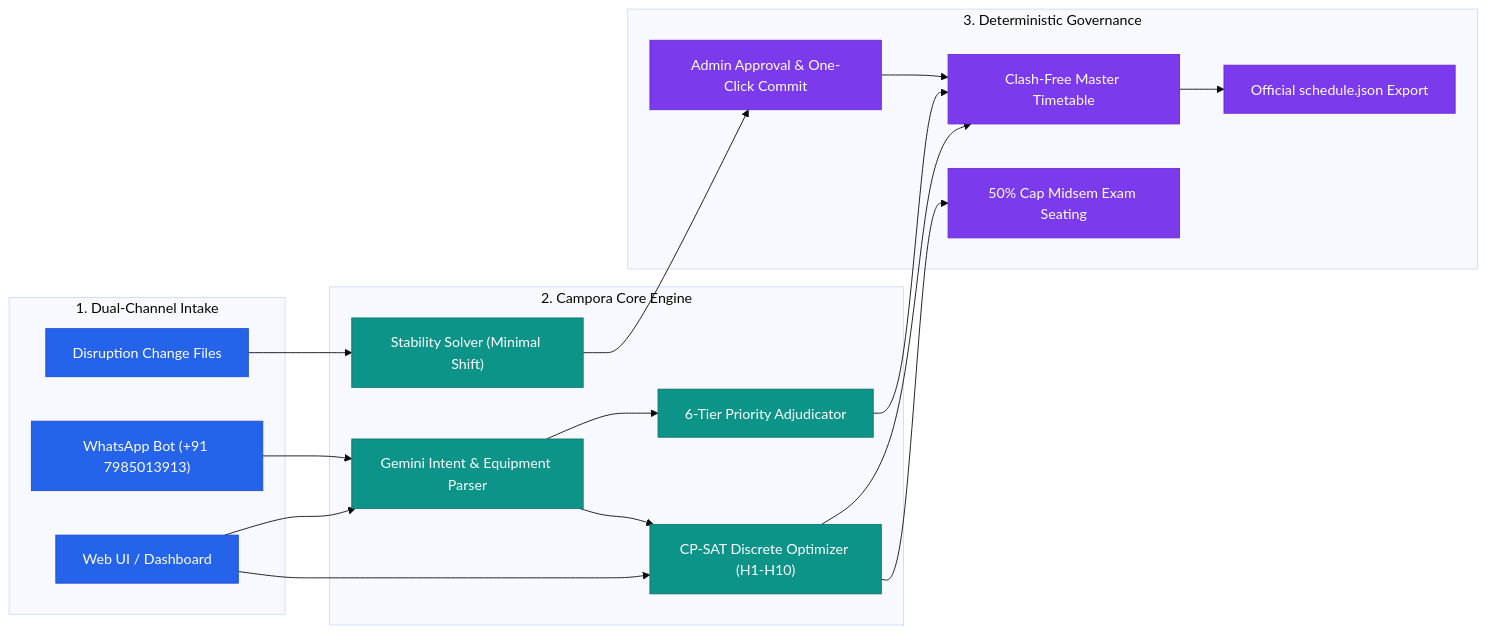
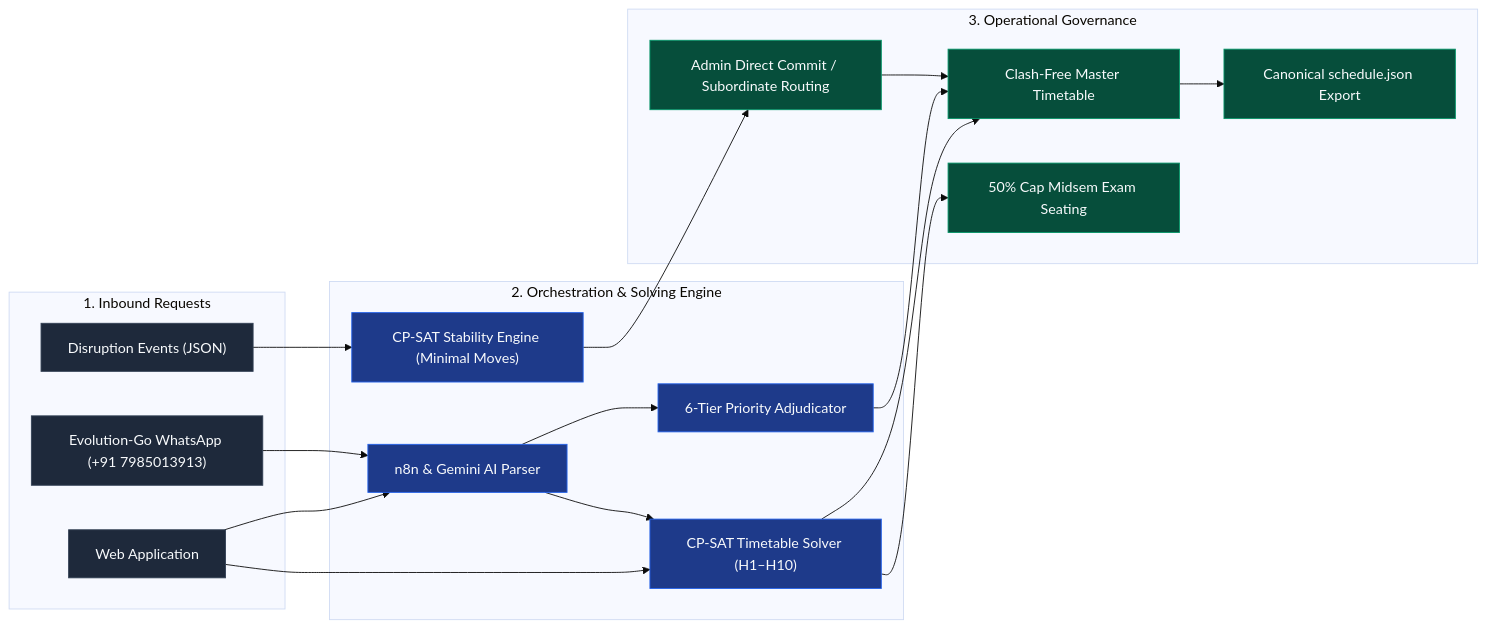
The first of 6 diagrams in README.md (Akshat-sin-official/TZ-Meru-Byte), drawn with Mermaid (base theme) before and after one commit. The commit also changed other lines of this file and 6 other files, not shown here.

````diff
--- a/README.md
+++ b/README.md
@@ -32,39 +30,39 @@
 ```mermaid
 graph LR
-    subgraph INTAKE["1. Dual-Channel Intake"]
-        A1["Web UI / Dashboard"] 
-        A2["WhatsApp Bot (+91 7985013913)"]
-        A3["Disruption Change Files"]
+    subgraph Intake["1. Inbound Requests"]
+        I1["Web Application"]
+        I2["Evolution-Go WhatsApp (+91 7985013913)"]
+        I3["Disruption Events (JSON)"]
     end
 
-    subgraph ENGINE["2. Campora Core Engine"]
-        B1["Gemini Intent & Equipment Parser"]
-        B2["CP-SAT Discrete Optimizer (H1-H10)"]
-        B3["Stability Solver (Minimal Shift)"]
-        B4["6-Tier Priority Adjudicator"]
+    subgraph Core["2. Orchestration & Solving Engine"]
+        C1["n8n & Gemini AI Parser"]
+        C2["CP-SAT Timetable Solver (H1–H10)"]
+        C3["CP-SAT Stability Engine (Minimal Moves)"]
+        C4["6-Tier Priority Adjudicator"]
     end
 
-    subgraph OUTPUT["3. Deterministic Governance"]
-        C1["Clash-Free Master Timetable"]
-        C2["50% Cap Midsem Exam Seating"]
-        C3["Admin Approval & One-Click Commit"]
-        C4["Official schedule.json Export"]
+    subgraph Operations["3. Operational Governance"]
+        O1["Clash-Free Master Timetable"]
+        O2["50% Cap Midsem Exam Seating"]
+        O3["Admin Direct Commit / Subordinate Routing"]
+        O4["Canonical schedule.json Export"]
     end
 
-    A1 --> B1 & B2
-    A2 --> B1
-    A3 --> B3
-    B1 --> B2 & B4
-    B2 --> C1 & C2
-    B3 --> C3
-    B4 --> C1
-    C1 --> C4
-    C3 --> C1
+    I1 --> C1 & C2
+    I2 --> C1
+    I3 --> C3
+    C1 --> C2 & C4
+    C2 --> O1 & O2
+    C3 --> O3
+    C4 --> O1
+    O1 --> O4
+    O3 --> O1
 
-    classDef blue fill:#2563EB,stroke:#1D4ED8,color:#fff;
-    classDef teal fill:#0D9488,stroke:#0F766E,color:#fff;
-    classDef purple fill:#7C3AED,stroke:#6D28D9,color:#fff;
-    class A1,A2,A3 blue;
-    class B1,B2,B3,B4 teal;
-    class C1,C2,C3,C4 purple;
+    classDef darkBox fill:#1e293b,stroke:#334155,color:#f8fafc;
+    classDef blueBox fill:#1e3a8a,stroke:#2563eb,color:#f8fafc;
+    classDef emeraldBox fill:#064e3b,stroke:#059669,color:#f8fafc;
+    class I1,I2,I3 darkBox;
+    class C1,C2,C3,C4 blueBox;
+    class O1,O2,O3,O4 emeraldBox;
 ```
````
